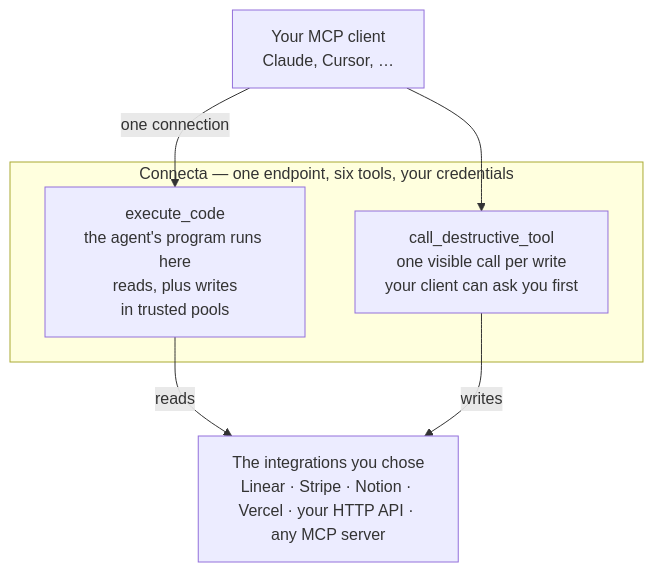
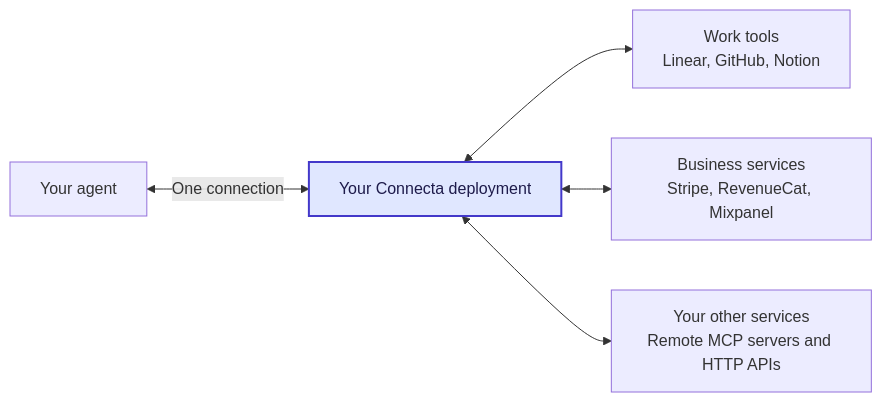
Before and after one commit to zackbart/connecta: the first of 3 diagrams in README.md, drawn with Mermaid. The commit also changed other lines of this file and 15 other files, not shown here.

````diff
--- a/README.md
+++ b/README.md
@@ -28,16 +24,9 @@
 ```mermaid
-flowchart TB
-    Client["Your MCP client<br/>Claude, Cursor, …"]
+flowchart LR
+    Agent["Your agent"] <-->|"One connection"| Connecta["Your Connecta deployment"]
+    Connecta <--> Work["Work tools<br/>Linear, GitHub, Notion"]
+    Connecta <--> Business["Business services<br/>Stripe, RevenueCat, Mixpanel"]
+    Connecta <--> Yours["Your other services<br/>Remote MCP servers and HTTP APIs"]
 
-    subgraph Connecta["Connecta — one endpoint, six tools, your credentials"]
-        Sandbox["execute_code<br/>the agent's program runs here<br/>reads, plus writes<br/>in trusted pools"]
-        Explicit["call_destructive_tool<br/>one visible call per write<br/>your client can ask you first"]
-    end
-
-    Integrations["The integrations you chose<br/>Linear · Stripe · Notion · Vercel · your HTTP API · any MCP server"]
-
-    Client -->|"one connection"| Sandbox
-    Client --> Explicit
-    Sandbox -->|"reads"| Integrations
-    Explicit -->|"writes"| Integrations
+    style Connecta fill:#e0e7ff,stroke:#4338ca,color:#1e1b4b,stroke-width:2px
 ```
````
